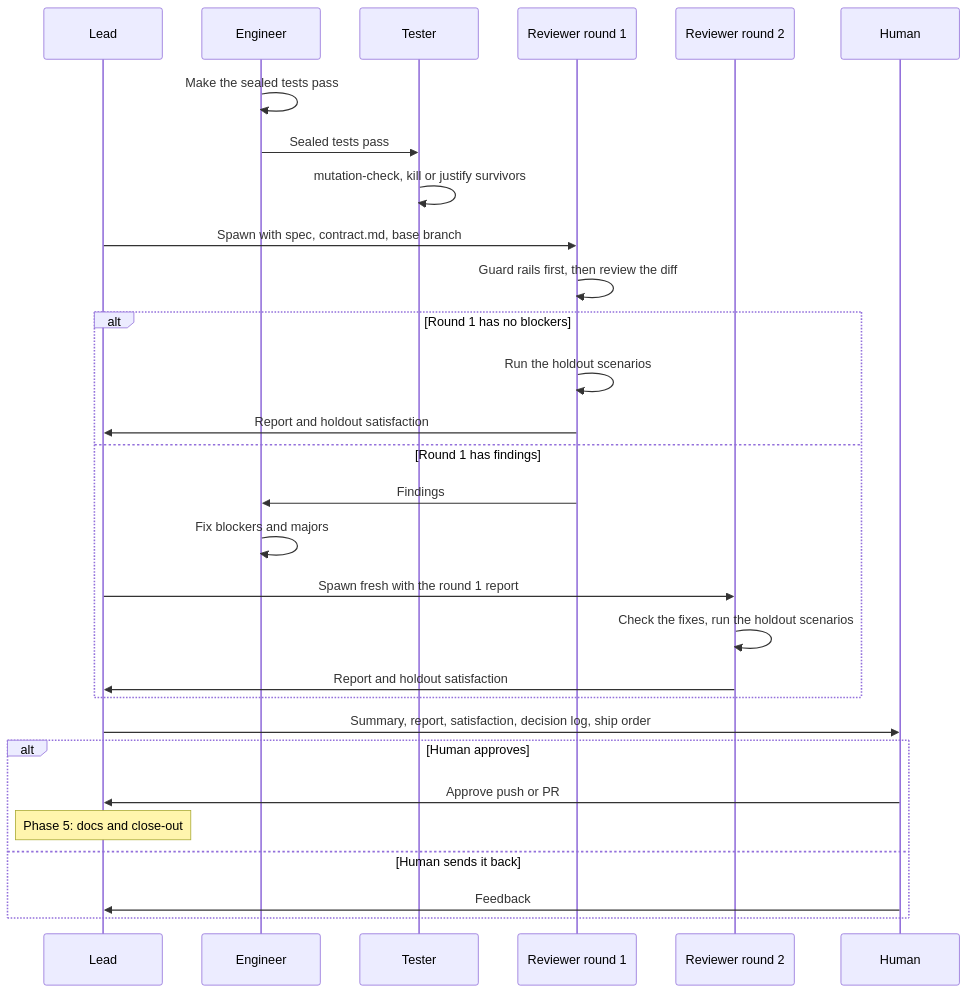
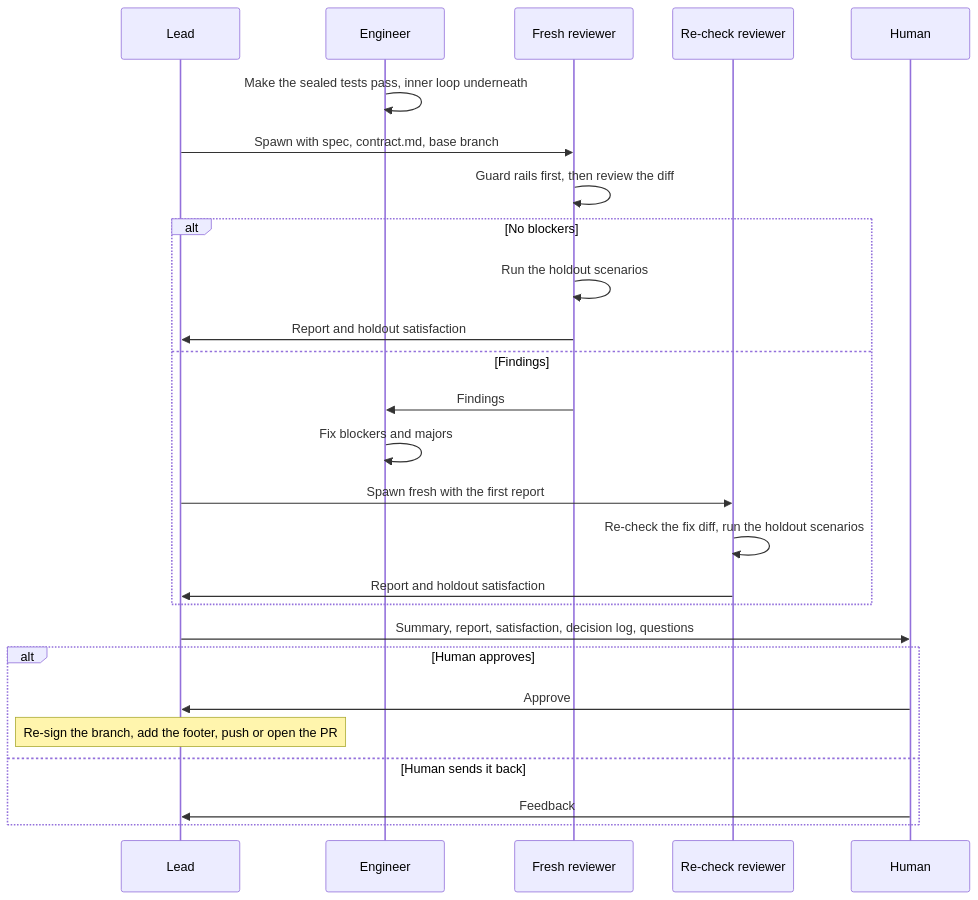
The second of 2 diagrams in docs/workflow.md (inf0rmer/agentic-workflow), drawn with Mermaid before and after one commit. The commit also changed other lines of this file and 6 other files, not shown here.

````diff
--- a/docs/workflow.md
+++ b/docs/workflow.md
@@ -52,32 +137,29 @@
 ```mermaid
 sequenceDiagram
     participant L as Lead
     participant E as Engineer
-    participant T as Tester
-    participant R1 as Reviewer round 1
-    participant R2 as Reviewer round 2
+    participant R as Fresh reviewer
+    participant R2 as Re-check reviewer
     participant H as Human
 
-    E->>E: Make the sealed tests pass
-    E->>T: Sealed tests pass
-    T->>T: mutation-check, kill or justify survivors
-    L->>R1: Spawn with spec, contract.md, base branch
-    R1->>R1: Guard rails first, then review the diff
-    alt Round 1 has no blockers
-        R1->>R1: Run the holdout scenarios
-        R1->>L: Report and holdout satisfaction
-    else Round 1 has findings
-        R1->>E: Findings
+    E->>E: Make the sealed tests pass, inner loop underneath
+    L->>R: Spawn with spec, contract.md, base branch
+    R->>R: Guard rails first, then review the diff
+    alt No blockers
+        R->>R: Run the holdout scenarios
+        R->>L: Report and holdout satisfaction
+    else Findings
+        R->>E: Findings
         E->>E: Fix blockers and majors
-        L->>R2: Spawn fresh with the round 1 report
-        R2->>R2: Check the fixes, run the holdout scenarios
+        L->>R2: Spawn fresh with the first report
+        R2->>R2: Re-check the fix diff, run the holdout scenarios
         R2->>L: Report and holdout satisfaction
     end
-    L->>H: Summary, report, satisfaction, decision log, ship order
+    L->>H: Summary, report, satisfaction, decision log, questions
     alt Human approves
-        H->>L: Approve push or PR
-        Note over L: Phase 5: docs and close-out
+        H->>L: Approve
+        Note over L: Re-sign the branch, add the footer, push or open the PR
     else Human sends it back
         H->>L: Feedback
     end
 ```
````
